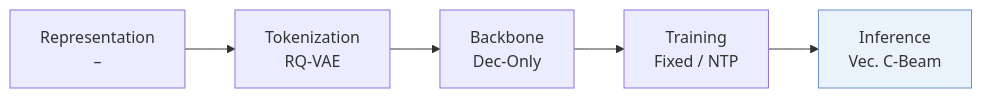
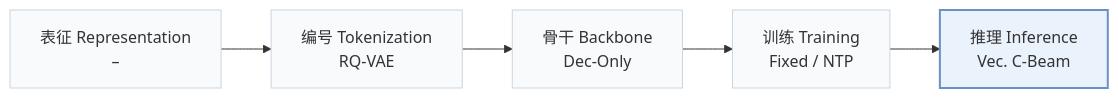
The first of 2 diagrams in pages/zh/papers/static.md (Galaxy-ghost/Awesome-SID-Generative-Rec), drawn with Mermaid before and after one commit. The commit also changed other lines of this file and 649 other files, not shown here.

Commit message:
writer-05: also tags and modality index (schema, check, build, visuals); summary field removed; calibration data for 12 papers

````diff
--- a/pages/zh/papers/static.md
+++ b/pages/zh/papers/static.md
@@ -13,6 +15,8 @@
 ```mermaid
 flowchart LR
-    R["Representation<br/>–"] --> T["Tokenization<br/>RQ-VAE"] --> B["Backbone<br/>Dec-Only"] --> TR["Training<br/>Fixed / NTP"] --> I["Inference<br/>Vec. C-Beam"]
-    classDef main fill:#eaf2fb,stroke:#6b8fc7
+    R["表征 Representation<br/>–"] --> T["编号 Tokenization<br/>RQ-VAE"] --> B["骨干 Backbone<br/>Dec-Only"] --> TR["训练 Training<br/>Fixed / NTP"] --> I["推理 Inference<br/>Vec. C-Beam"]
+    classDef base fill:#f8fafc,stroke:#cbd5e1
+    class R,T,B,TR,I base
+    classDef main fill:#eaf2fb,stroke:#6b8fc7,stroke-width:2px
     class I main
 ```
````
